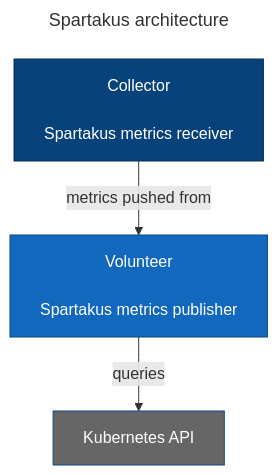
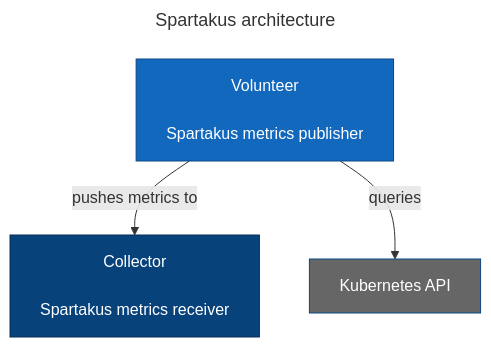
The diagram in docs/_drafts/scv2-hodometer-spartakus-container.mmd (agrski/agrski.github.io), drawn with Mermaid before and after one commit.

Commit message:
Relabel & reflect volunteer/receiver edge for comms direction

```diff
--- a/docs/_drafts/scv2-hodometer-spartakus-container.mmd
+++ b/docs/_drafts/scv2-hodometer-spartakus-container.mmd
@@ -1,27 +1,27 @@
 ---
 title: Spartakus architecture
 ---
 
 flowchart TD
   S["Volunteer
 
     Spartakus metrics publisher"
   ]
 
   C["Collector
 
     Spartakus metrics receiver"
   ]
 
   K["Kubernetes API"]
 
-  C --> |metrics pushed from| S
+  S --> |pushes metrics to| C
   S --> |queries| K
 
   classDef focusSystem      fill:#1168bd,stroke:#0b4884,color:#ffffff
   classDef supportingSystem fill:#666,stroke:#0b4884,color:#ffffff
   classDef consumingSystem  fill:#08427b,stroke:#052e56,color:#ffffff
 
   class S focusSystem
   class C consumingSystem
   class K supportingSystem
```
